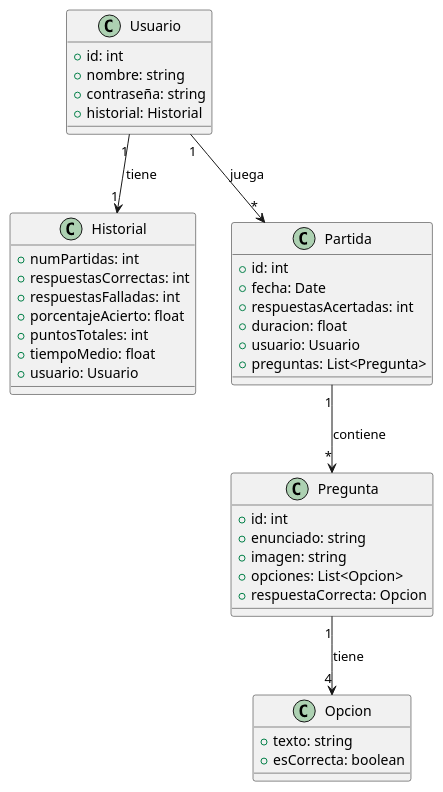
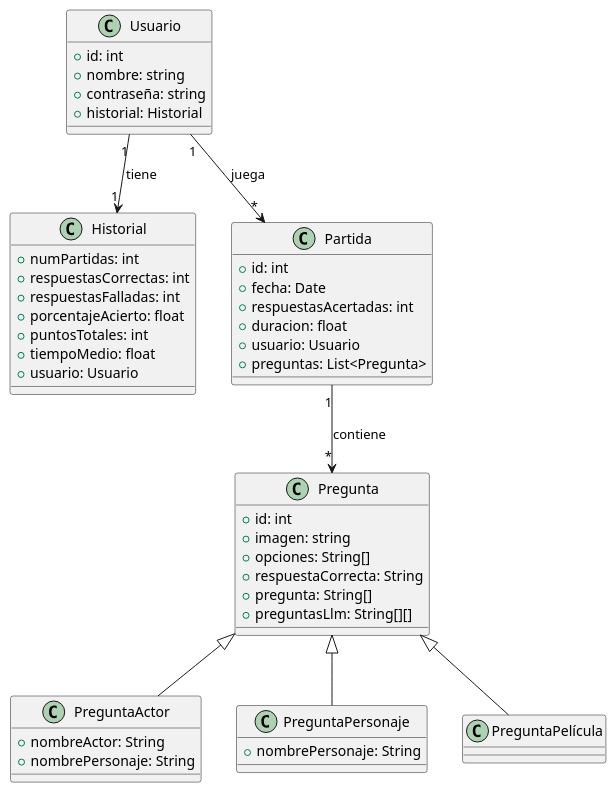
Before and after one commit to Arquisoft/wichat_es5b: the diagram in docs/src/08_concepts.adoc, drawn with PlantUML. The commit also changed other lines of this file and 2 other files, not shown here.

Commit message:
Cambios en los puntos 6, 7 y 8

```diff
--- a/docs/src/08_concepts.adoc
+++ b/docs/src/08_concepts.adoc
@@ -64,48 +64,58 @@
 [plantuml, diagrama-clases, svg]
 ----
 @startuml
 class Usuario {
   +id: int
   +nombre: string
   +contraseña: string
   +historial: Historial
 }
 
 class Historial {
   +numPartidas: int
   +respuestasCorrectas: int
   +respuestasFalladas: int
   +porcentajeAcierto: float
   +puntosTotales: int
   +tiempoMedio: float
   +usuario: Usuario
 }
 
 class Partida {
   +id: int
   +fecha: Date
   +respuestasAcertadas: int
   +duracion: float
   +usuario: Usuario
   +preguntas: List<Pregunta>
 }
 
 class Pregunta {
   +id: int
-  +enunciado: string
   +imagen: string
-  +opciones: List<Opcion>
-  +respuestaCorrecta: Opcion
+  +opciones: String[]
+  +respuestaCorrecta: String
+  +pregunta: String[]
+  +preguntasLlm: String[][]
 }
 
-class Opcion {
-  +texto: string
-  +esCorrecta: boolean
+class PreguntaActor {
+  +nombreActor: String
+  +nombrePersonaje: String
+}
+
+class PreguntaPersonaje {
+  +nombrePersonaje: String
+}
+
+class PreguntaPelícula {
 }
 
 Usuario "1" --> "1" Historial : tiene
 Usuario "1" --> "*" Partida : juega
 Partida "1" --> "*" Pregunta : contiene
-Pregunta "1" --> "4" Opcion : tiene
+Pregunta <|-- PreguntaActor
+Pregunta <|-- PreguntaPersonaje
+Pregunta <|-- PreguntaPelícula
 @enduml
 ----
```
